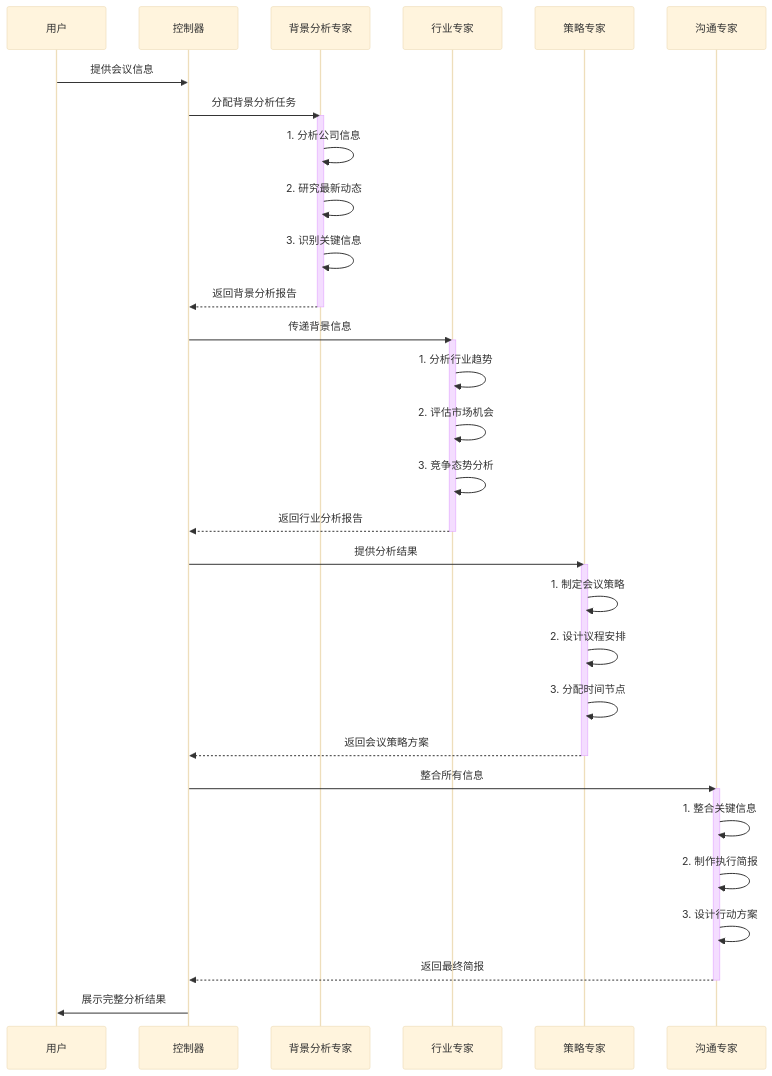
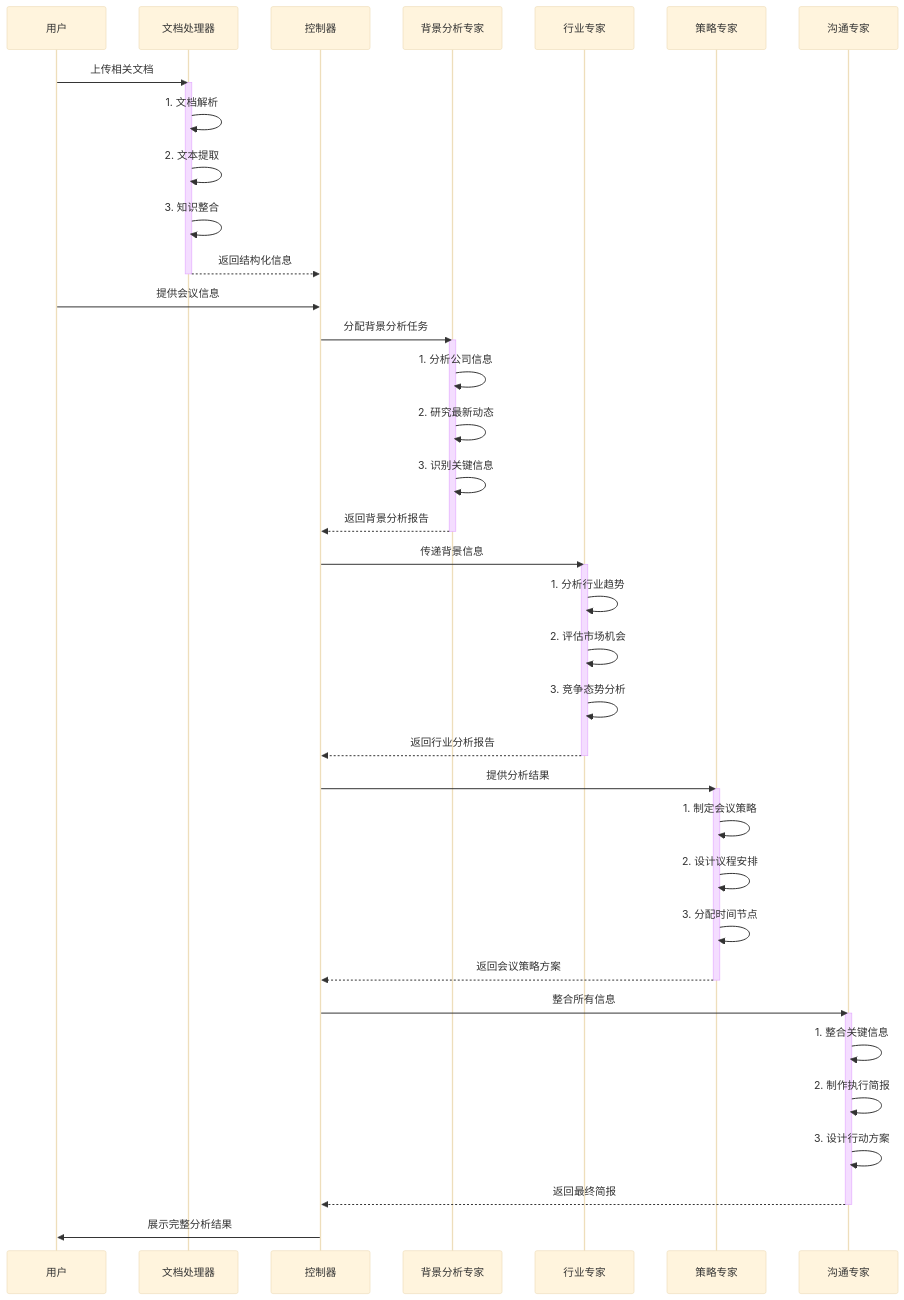
The second of 2 diagrams in README.md (ROOKIE-AI/ai_meeting_agent), drawn with Mermaid (base theme) before and after one commit. The commit also changed other lines of this file and 2 other files, not shown here.

````diff
--- a/README.md
+++ b/README.md
@@ -42,48 +57,58 @@
 ```mermaid
 sequenceDiagram
     participant U as 用户
+    participant D as 文档处理器
     participant C as 控制器
     participant BA as 背景分析专家
     participant IA as 行业专家
     participant SA as 策略专家
     participant CA as 沟通专家
     
+    U->>D: 上传相关文档
+    activate D
+    D->>D: 1. 文档解析
+    D->>D: 2. 文本提取
+    D->>D: 3. 知识整合
+    D-->>C: 返回结构化信息
+    deactivate D
+    
     U->>C: 提供会议信息
+    
     C->>BA: 分配背景分析任务
     
     activate BA
     BA->>BA: 1. 分析公司信息
     BA->>BA: 2. 研究最新动态
     BA->>BA: 3. 识别关键信息
     BA-->>C: 返回背景分析报告
     deactivate BA
     
     C->>IA: 传递背景信息
     
     activate IA
     IA->>IA: 1. 分析行业趋势
     IA->>IA: 2. 评估市场机会
     IA->>IA: 3. 竞争态势分析
     IA-->>C: 返回行业分析报告
     deactivate IA
     
     C->>SA: 提供分析结果
     
     activate SA
     SA->>SA: 1. 制定会议策略
     SA->>SA: 2. 设计议程安排
     SA->>SA: 3. 分配时间节点
     SA-->>C: 返回会议策略方案
     deactivate SA
     
     C->>CA: 整合所有信息
     
     activate CA
     CA->>CA: 1. 整合关键信息
     CA->>CA: 2. 制作执行简报
     CA->>CA: 3. 设计行动方案
     CA-->>C: 返回最终简报
     deactivate CA
     
     C->>U: 展示完整分析结果
 ```
````
